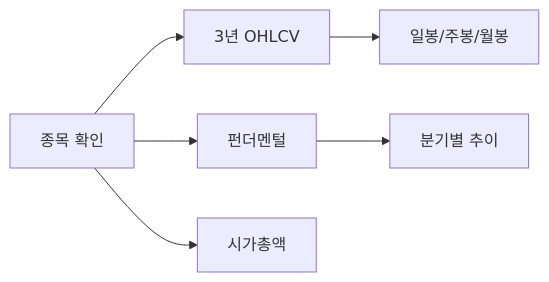
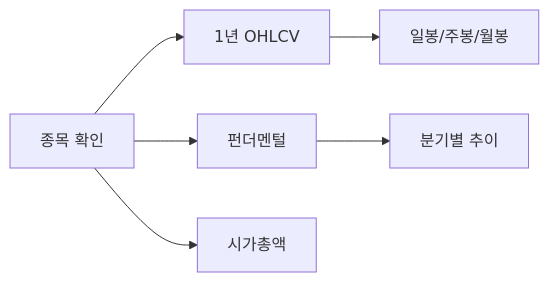
The diagram in plugins/quant-k/skills/ultra-analyze/SKILL.md (yang-jaeyoung/claude-marketplace), drawn with Mermaid before and after one commit. The commit also changed other lines of this file, not shown here.

First line of the commit message:
perf(quant-k): reduce OHLCV data from 3 years to 1 year

````diff
--- a/plugins/quant-k/skills/ultra-analyze/SKILL.md
+++ b/plugins/quant-k/skills/ultra-analyze/SKILL.md
@@ -47,8 +47,8 @@
 ```mermaid
 graph LR
-    A[종목 확인] --> B[3년 OHLCV]
+    A[종목 확인] --> B[1년 OHLCV]
     A --> C[펀더멘털]
     A --> D[시가총액]
     B --> E[일봉/주봉/월봉]
     C --> F[분기별 추이]
 ```
````
